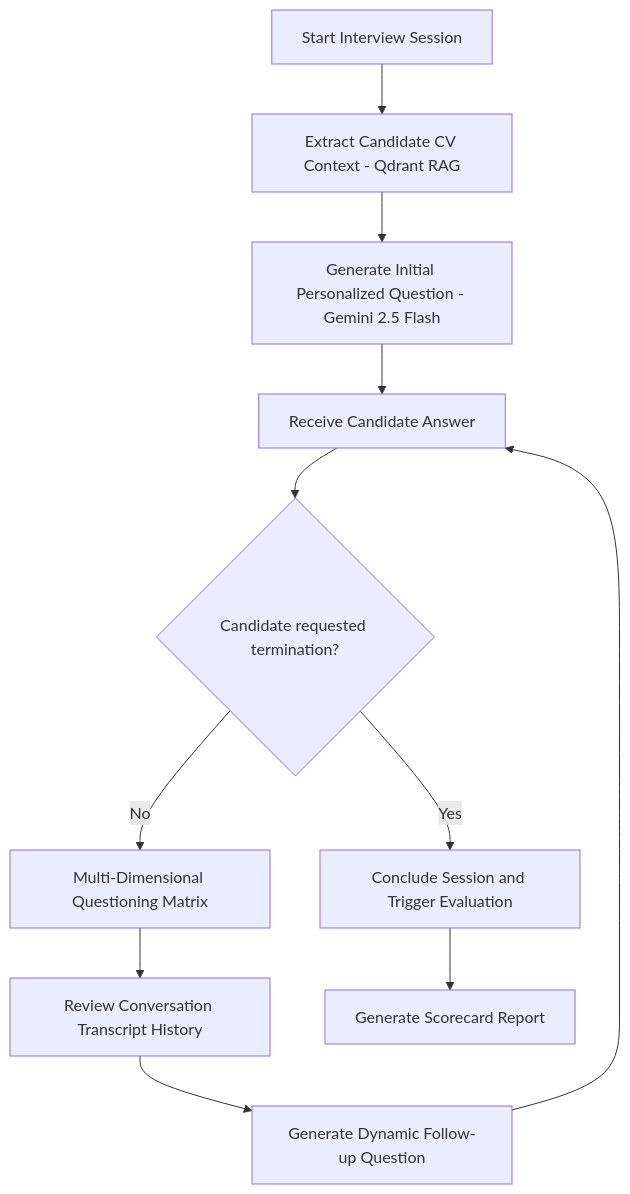
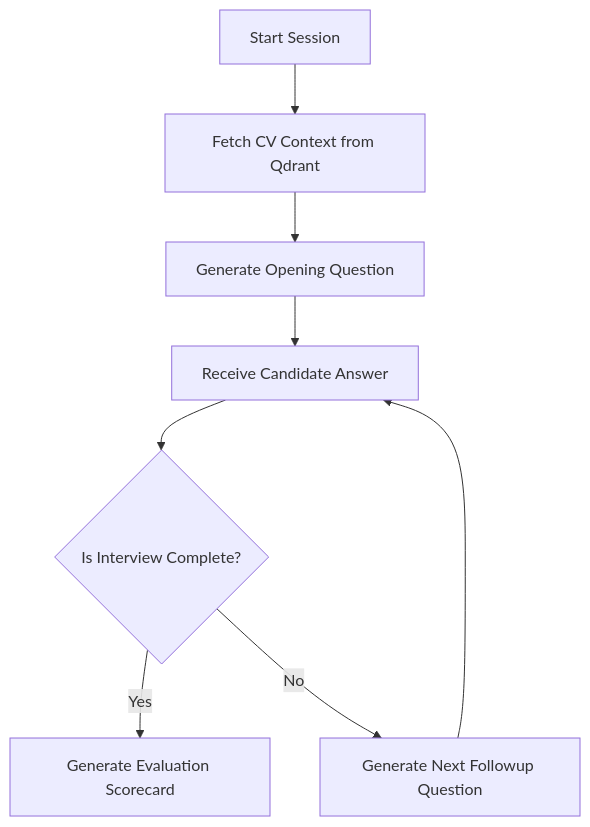
Before and after one commit to ForisGrancj/Ai-Recruiter: the third of 3 diagrams in README.md, drawn with Mermaid. The commit also changed other lines of this file, not shown here.

Commit message:
docs: simplify Mermaid diagrams in README.md

````diff
--- a/README.md
+++ b/README.md
@@ -88,15 +58,10 @@
 ```mermaid
-flowchart TD
-    Start["Start Interview Session"] --> Step1["Extract Candidate CV Context - Qdrant RAG"]
-    Step1 --> Step2["Generate Initial Personalized Question - Gemini 2.5 Flash"]
-    Step2 --> Step3["Receive Candidate Answer"]
-    Step3 --> CheckConclude{"Candidate requested termination?"}
-    
-    CheckConclude -- Yes --> ConcludeSession["Conclude Session and Trigger Evaluation"]
-    CheckConclude -- No --> Step4["Multi-Dimensional Questioning Matrix"]
-    
-    Step4 --> Step5["Review Conversation Transcript History"]
-    Step5 --> Step6["Generate Dynamic Follow-up Question"]
-    Step6 --> Step3
-    ConcludeSession --> End["Generate Scorecard Report"]
+graph TD
+    A["Start Session"] --> B["Fetch CV Context from Qdrant"]
+    B --> C["Generate Opening Question"]
+    C --> D["Receive Candidate Answer"]
+    D --> E{"Is Interview Complete?"}
+    E -->|Yes| F["Generate Evaluation Scorecard"]
+    E -->|No| G["Generate Next Followup Question"]
+    G --> D
 ```
````
